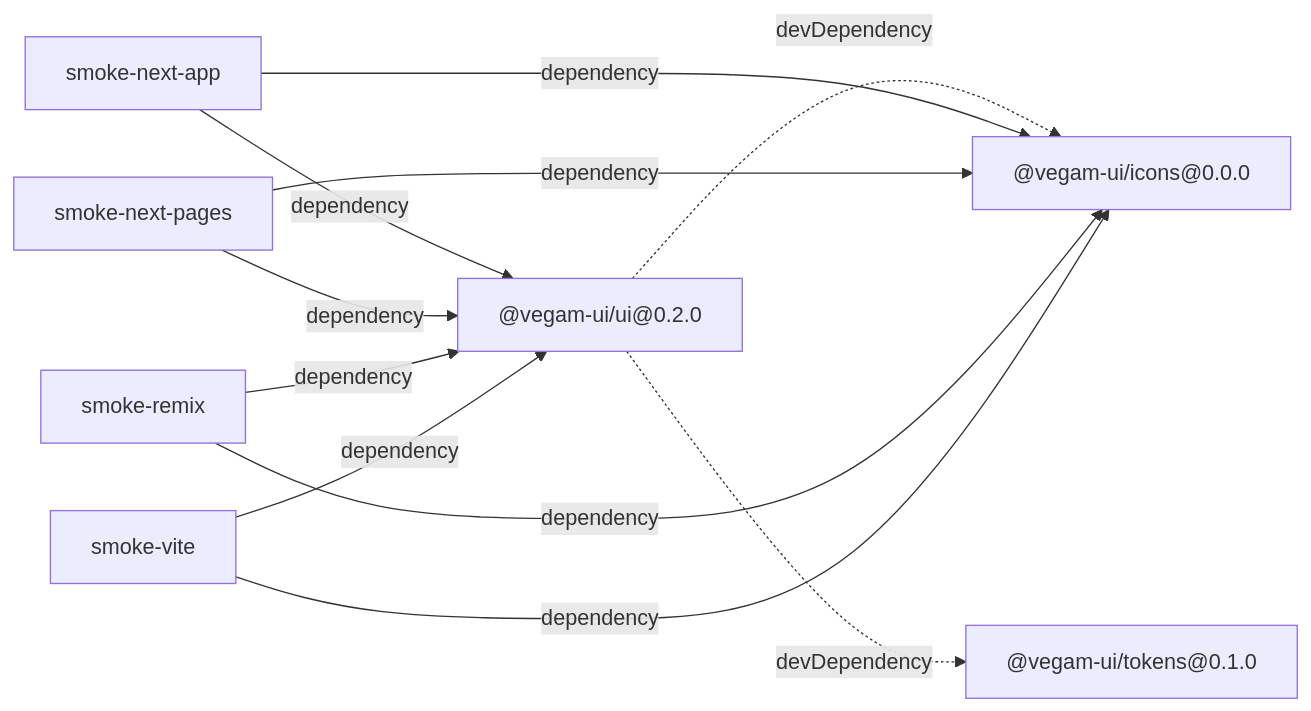
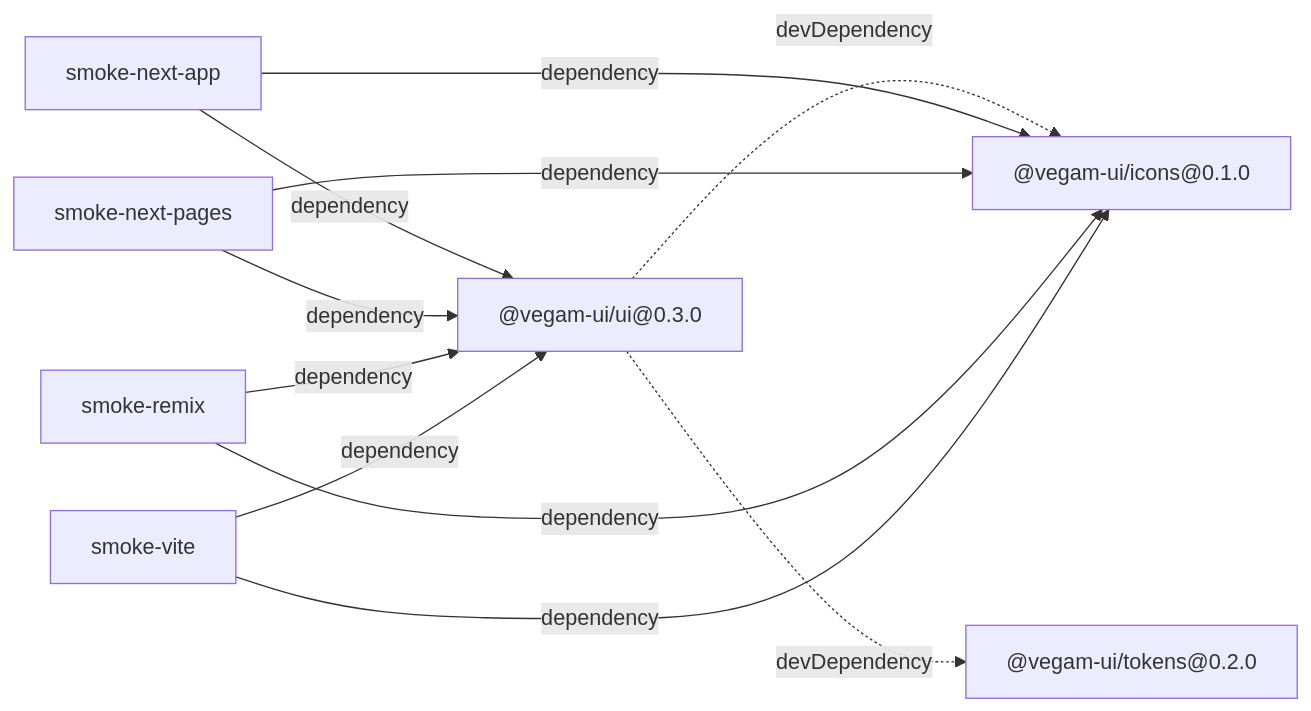
One commit to vihaanvegam/vegam-ui changed the first of 3 diagrams in docs/ARCHITECTURE.md. Above: the diagram before and after it, drawn with Mermaid. The commit also changed 14 other files, not shown here.

````diff
--- a/docs/ARCHITECTURE.md
+++ b/docs/ARCHITECTURE.md
@@ -14,20 +14,20 @@
 ```mermaid
 graph LR
-  _vegam_ui_icons["@vegam-ui/icons@0.0.0"]
-  _vegam_ui_tokens["@vegam-ui/tokens@0.1.0"]
-  _vegam_ui_ui["@vegam-ui/ui@0.2.0"]
+  _vegam_ui_icons["@vegam-ui/icons@0.1.0"]
+  _vegam_ui_tokens["@vegam-ui/tokens@0.2.0"]
+  _vegam_ui_ui["@vegam-ui/ui@0.3.0"]
   smoke_next_app["smoke-next-app"]
   smoke_next_pages["smoke-next-pages"]
   smoke_remix["smoke-remix"]
   smoke_vite["smoke-vite"]
   _vegam_ui_ui -.->|devDependency| _vegam_ui_icons
   _vegam_ui_ui -.->|devDependency| _vegam_ui_tokens
   smoke_next_app -->|dependency| _vegam_ui_icons
   smoke_next_app -->|dependency| _vegam_ui_ui
   smoke_next_pages -->|dependency| _vegam_ui_icons
   smoke_next_pages -->|dependency| _vegam_ui_ui
   smoke_remix -->|dependency| _vegam_ui_icons
   smoke_remix -->|dependency| _vegam_ui_ui
   smoke_vite -->|dependency| _vegam_ui_icons
   smoke_vite -->|dependency| _vegam_ui_ui
 ```
````
